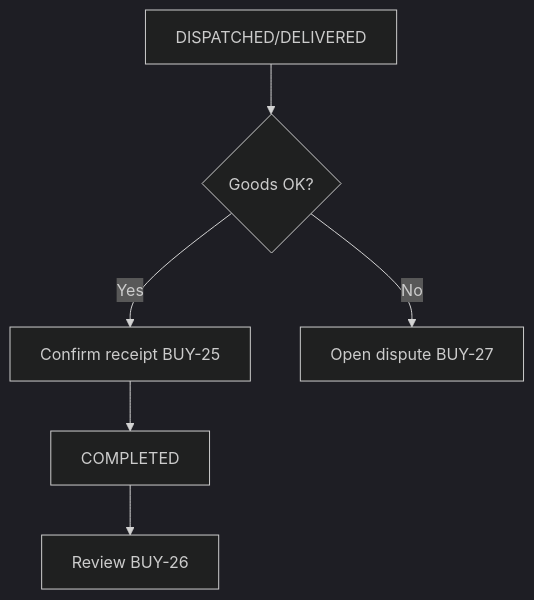
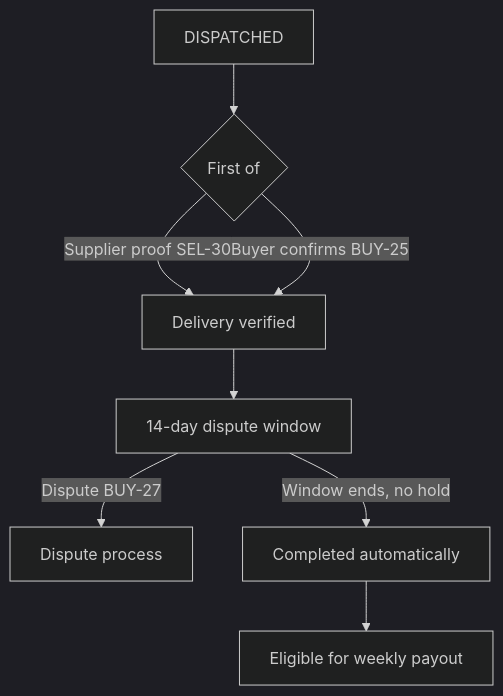
One commit to Elevationaddi/uae-b2b-marketplace changed diagram 22 of 33 in docs/ux-ui/05-user-journeys.md. Above: the diagram before and after it, drawn with Mermaid (dark theme). The commit also changed other lines of this file and 28 other files, not shown here.

````diff
--- a/docs/ux-ui/05-user-journeys.md
+++ b/docs/ux-ui/05-user-journeys.md
@@ -746,6 +755,9 @@
 ```mermaid
 flowchart TD
-A[DISPATCHED/DELIVERED] --> B{Goods OK?}
-B -->|Yes| C[Confirm receipt BUY-25] --> D[COMPLETED] --> E[Review BUY-26]
-B -->|No| F[Open dispute BUY-27]
+A[DISPATCHED] --> B{First of}
+B -->|Supplier proof SEL-30| C[Delivery verified]
+B -->|Buyer confirms BUY-25| C
+C --> D[14-day dispute window]
+D -->|Dispute BUY-27| E[Dispute process]
+D -->|Window ends, no hold| F[Completed automatically] --> G[Eligible for weekly payout]
 ```
````
